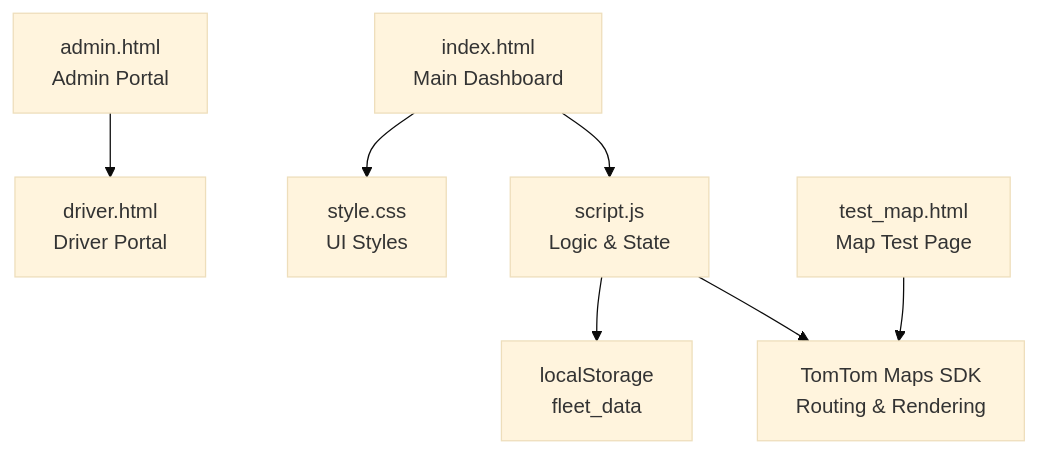
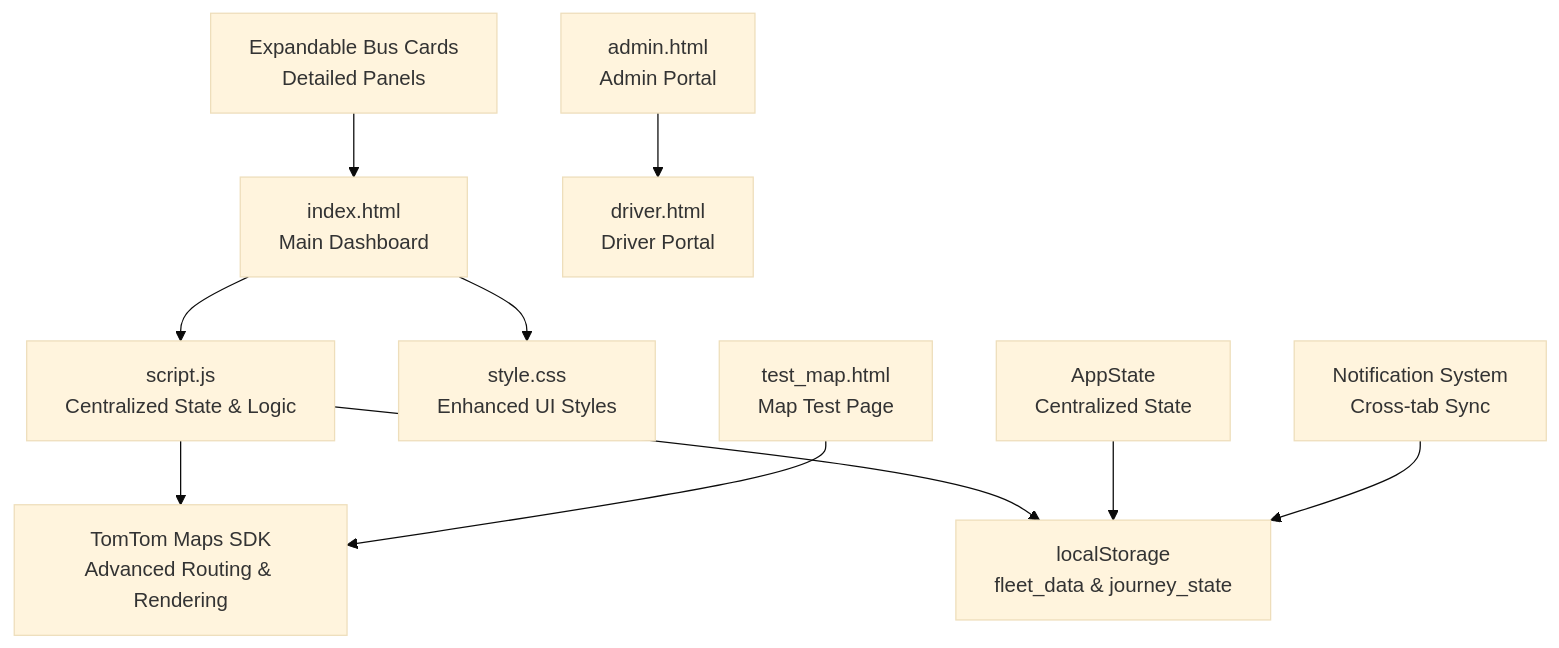
One commit to Rehanpatel3858/BusTrack-Pro changed the first of 5 diagrams in .qoder/repowiki/en/content/Fleet Management Features.md. Above: the diagram before and after it, drawn with Mermaid (base theme). The commit also changed other lines of this file and 7 other files, not shown here.

````diff
--- a/.qoder/repowiki/en/content/Fleet Management Features.md
+++ b/.qoder/repowiki/en/content/Fleet Management Features.md
@@ -36,9 +48,12 @@
 ```mermaid
 graph TB
-A["index.html<br/>Main Dashboard"] --> B["script.js<br/>Logic & State"]
-A --> C["style.css<br/>UI Styles"]
-B --> D["TomTom Maps SDK<br/>Routing & Rendering"]
-B --> E["localStorage<br/>fleet_data"]
+A["index.html<br/>Main Dashboard"] --> B["script.js<br/>Centralized State & Logic"]
+A --> C["style.css<br/>Enhanced UI Styles"]
+B --> D["TomTom Maps SDK<br/>Advanced Routing & Rendering"]
+B --> E["localStorage<br/>fleet_data & journey_state"]
 F["admin.html<br/>Admin Portal"] --> G["driver.html<br/>Driver Portal"]
 H["test_map.html<br/>Map Test Page"] --> D
+I["AppState<br/>Centralized State"] --> E
+J["Notification System<br/>Cross-tab Sync"] --> E
+K["Expandable Bus Cards<br/>Detailed Panels"] --> A
 ```
````
